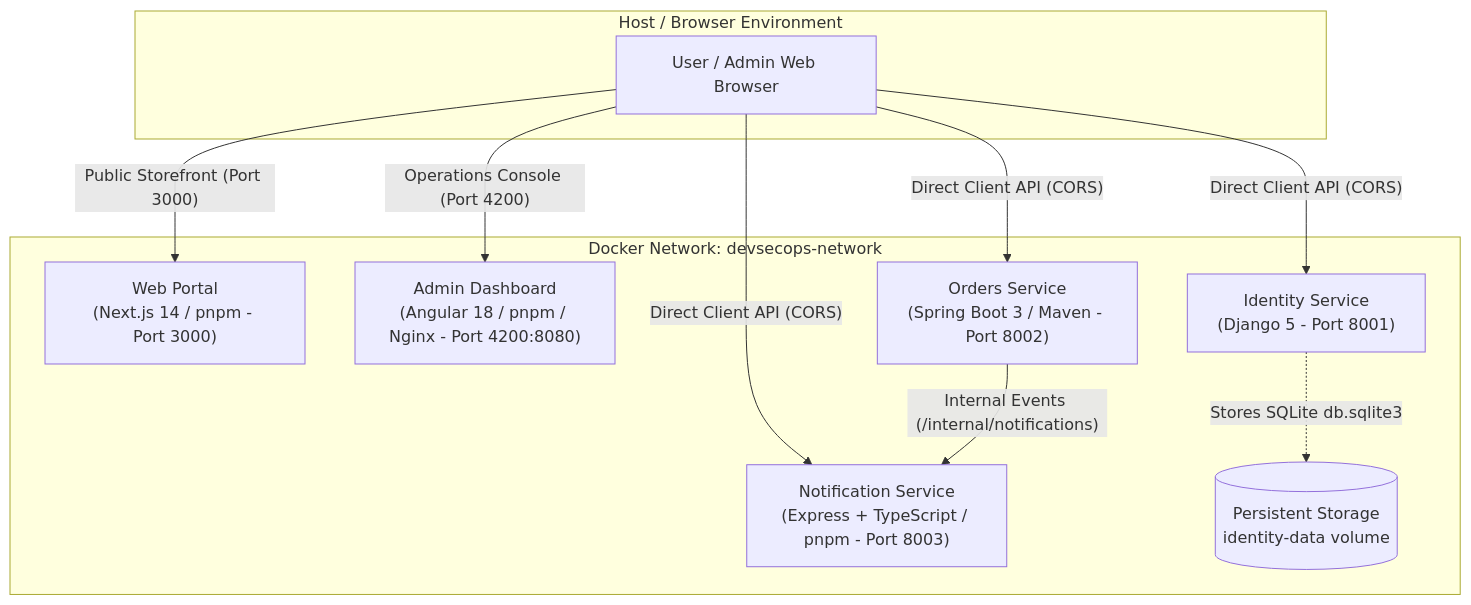
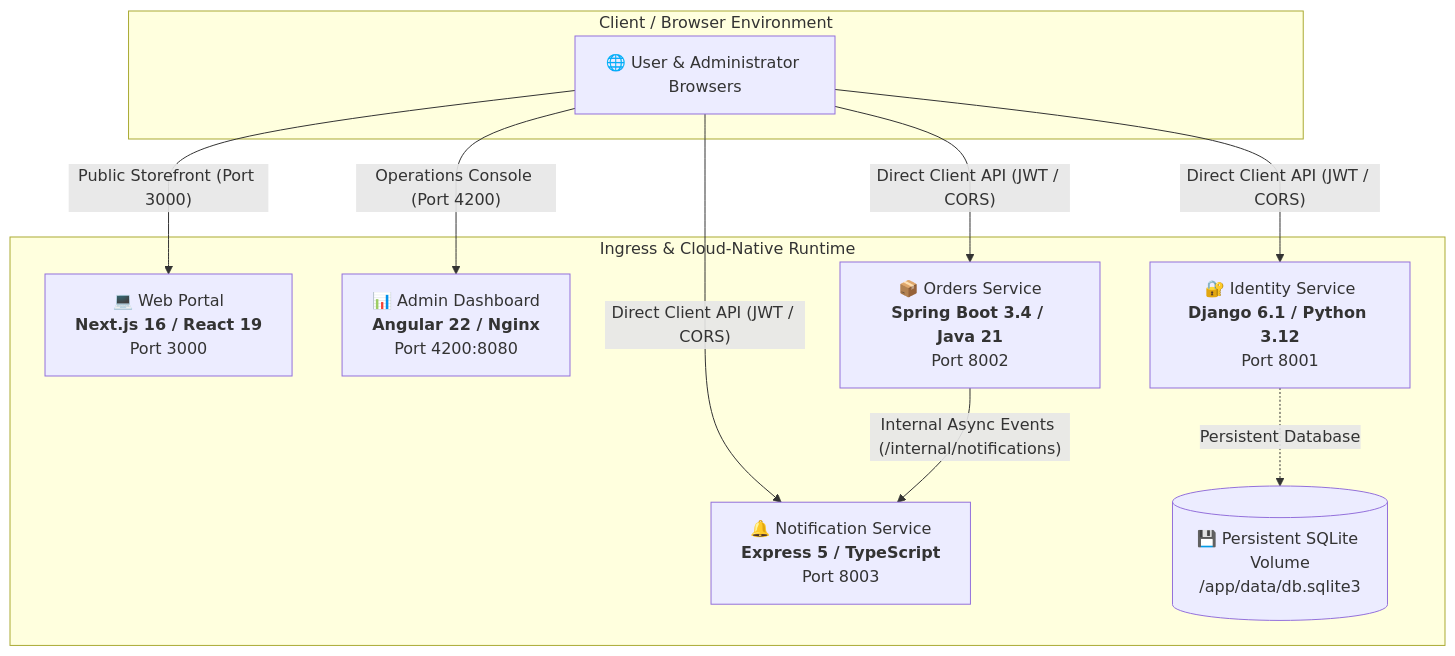
Before and after one commit to O2sa/DevSecOps-Monorepo-Shawcase: the first of 2 diagrams in README.md, drawn with Mermaid. The commit also changed other lines of this file, not shown here.

````diff
--- a/README.md
+++ b/README.md
@@ -9,26 +42,24 @@
 ```mermaid
 flowchart TD
-    subgraph Host / Browser Environment
-        Browser["User / Admin Web Browser"]
+    subgraph Client / Browser Environment
+        Browser["🌐 User & Administrator Browsers"]
     end
 
-    subgraph Docker Network: devsecops-network
-        Web["Web Portal<br/>(Next.js 14 / pnpm - Port 3000)"]
-        Dashboard["Admin Dashboard<br/>(Angular 18 / pnpm / Nginx - Port 4200:8080)"]
-        Identity["Identity Service<br/>(Django 5 - Port 8001)"]
-        Orders["Orders Service<br/>(Spring Boot 3 / Maven - Port 8002)"]
-        Notify["Notification Service<br/>(Express + TypeScript / pnpm - Port 8003)"]
-        Volume[("Persistent Storage<br/>identity-data volume")]
+    subgraph Ingress & Cloud-Native Runtime
+        Web["💻 Web Portal<br/><b>Next.js 16 / React 19</b><br/>Port 3000"]
+        Dashboard["📊 Admin Dashboard<br/><b>Angular 22 / Nginx</b><br/>Port 4200:8080"]
+        Identity["🔐 Identity Service<br/><b>Django 6.1 / Python 3.12</b><br/>Port 8001"]
+        Orders["📦 Orders Service<br/><b>Spring Boot 3.4 / Java 21</b><br/>Port 8002"]
+        Notify["🔔 Notification Service<br/><b>Express 5 / TypeScript</b><br/>Port 8003"]
+        Volume[("💾 Persistent SQLite Volume<br/>/app/data/db.sqlite3")]
     end
 
-    %% Browser direct access via mapped host ports
     Browser -->|"Public Storefront (Port 3000)"| Web
     Browser -->|"Operations Console (Port 4200)"| Dashboard
-    Browser -->|"Direct Client API (CORS)"| Identity
-    Browser -->|"Direct Client API (CORS)"| Orders
-    Browser -->|"Direct Client API (CORS)"| Notify
+    Browser -->|"Direct Client API (JWT / CORS)"| Identity
+    Browser -->|"Direct Client API (JWT / CORS)"| Orders
+    Browser -->|"Direct Client API (JWT / CORS)"| Notify
 
-    %% Service-to-service internal Docker communication
-    Orders -->|"Internal Events (/internal/notifications)"| Notify
-    Identity -.->|"Stores SQLite db.sqlite3"| Volume
+    Orders -->|"Internal Async Events (/internal/notifications)"| Notify
+    Identity -.->|"Persistent Database"| Volume
 ```
````
